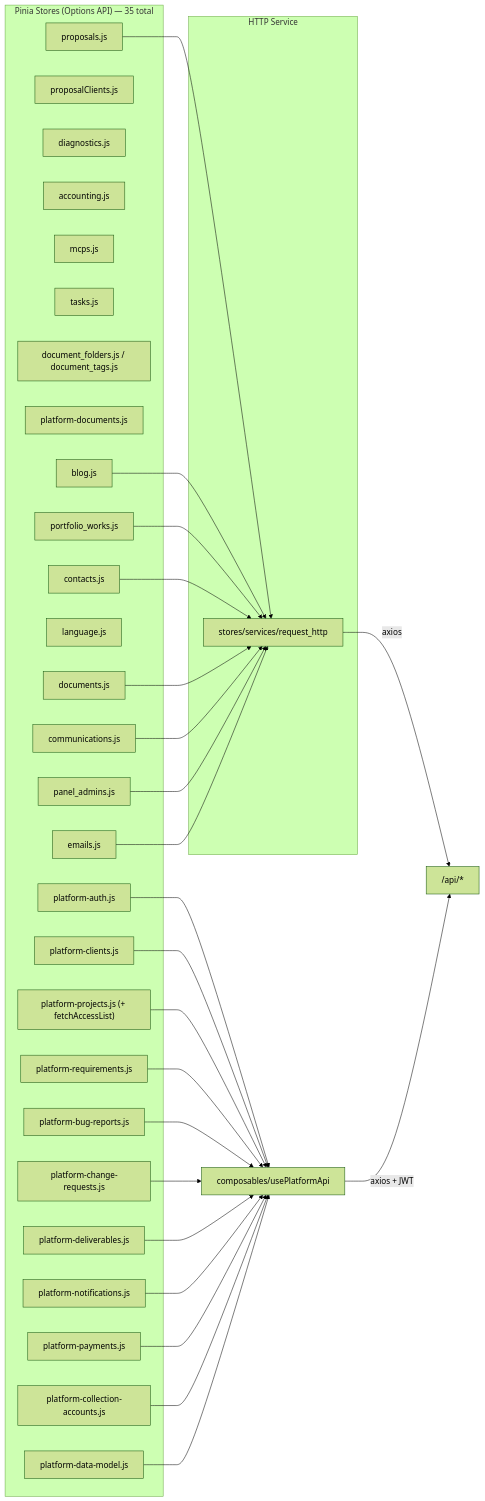
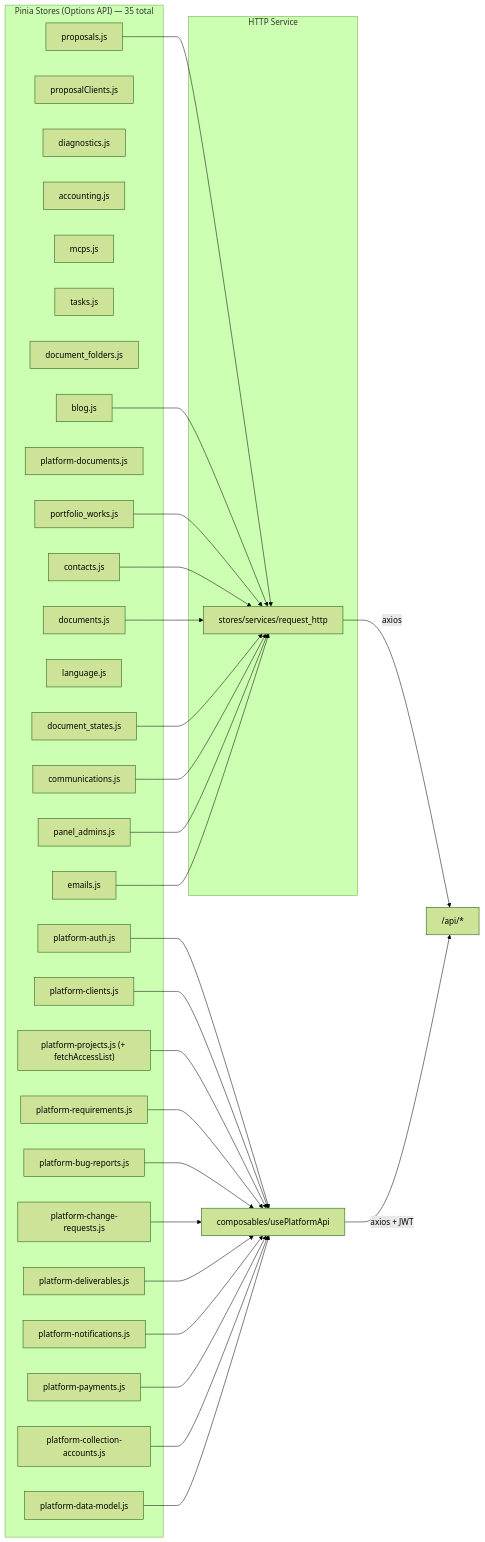
Before and after one commit to gustavop-dev/projectapp: the ninth of 16 diagrams in docs/methodology/architecture.md, drawn with Mermaid (forest theme). The commit also changed other lines of this file and 84 other files, not shown here.

````diff
--- a/docs/methodology/architecture.md
+++ b/docs/methodology/architecture.md
@@ -505,59 +514,61 @@
 ```mermaid
 flowchart LR
     subgraph Stores["Pinia Stores (Options API) — 35 total"]
         ProposalStore["proposals.js"]
         ProposalClientsStore["proposalClients.js"]
         DiagnosticsStore["diagnostics.js"]
         AccountingStore["accounting.js"]
         McpsStore["mcps.js"]
         TasksStore["tasks.js"]
-        DocumentFoldersStore["document_folders.js / document_tags.js"]
+        DocumentFoldersStore["document_folders.js"]
+        DocumentStatesStore["document_states.js"]
         PlatformDocumentsStore["platform-documents.js"]
         BlogStore["blog.js"]
         PortfolioStore["portfolio_works.js"]
         ContactStore["contacts.js"]
         LanguageStore["language.js"]
         DocumentStore["documents.js"]
         CommunicationsStore["communications.js"]
         PanelAdmins["panel_admins.js"]
         PlatformAuth["platform-auth.js"]
         PlatformClients["platform-clients.js"]
         PlatformProjects["platform-projects.js (+ fetchAccessList)"]
         PlatformRequirements["platform-requirements.js"]
         PlatformBugReports["platform-bug-reports.js"]
         PlatformChangeRequests["platform-change-requests.js"]
         PlatformDeliverables["platform-deliverables.js"]
         PlatformNotifications["platform-notifications.js"]
         PlatformPayments["platform-payments.js"]
         PlatformCollectionAccounts["platform-collection-accounts.js"]
         PlatformDataModel["platform-data-model.js"]
         EmailsStore["emails.js"]
     end
 
     subgraph HTTP["HTTP Service"]
         RequestHTTP["stores/services/request_http"]
     end
 
     ProposalStore --> RequestHTTP
     BlogStore --> RequestHTTP
     PortfolioStore --> RequestHTTP
     ContactStore --> RequestHTTP
     DocumentStore --> RequestHTTP
+    DocumentStatesStore --> RequestHTTP
     CommunicationsStore --> RequestHTTP
     PanelAdmins --> RequestHTTP
     PlatformAuth --> PlatformHTTP["composables/usePlatformApi"]
     PlatformClients --> PlatformHTTP
     PlatformProjects --> PlatformHTTP
     PlatformRequirements --> PlatformHTTP
     PlatformBugReports --> PlatformHTTP
     PlatformChangeRequests --> PlatformHTTP
     PlatformDeliverables --> PlatformHTTP
     PlatformNotifications --> PlatformHTTP
     PlatformPayments --> PlatformHTTP
     PlatformCollectionAccounts --> PlatformHTTP
     PlatformDataModel --> PlatformHTTP
     EmailsStore --> RequestHTTP
 
     RequestHTTP -->|axios| API["/api/*"]
     PlatformHTTP -->|axios + JWT| API
 ```
````
